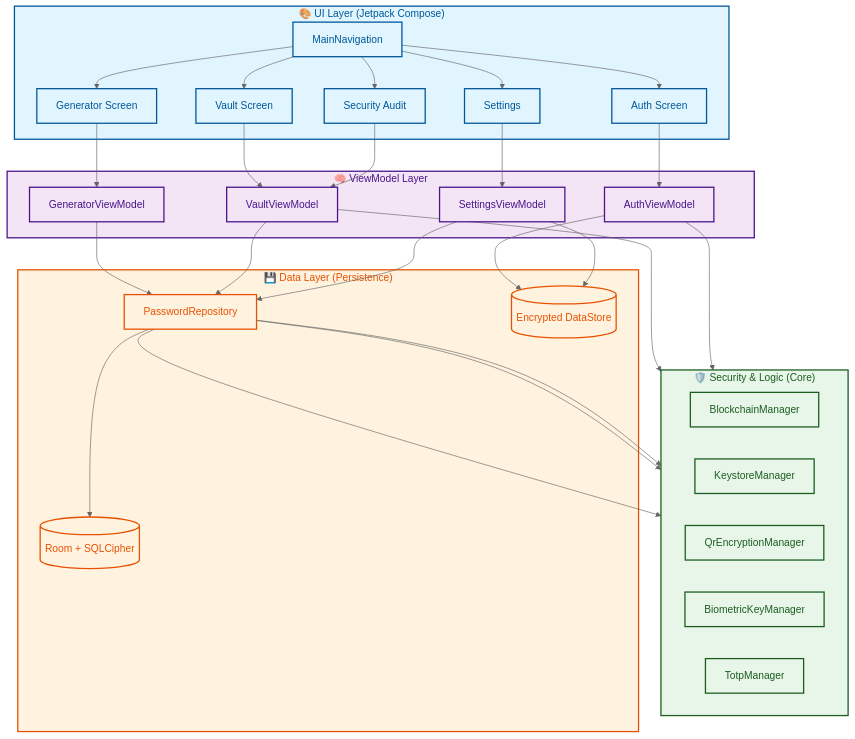
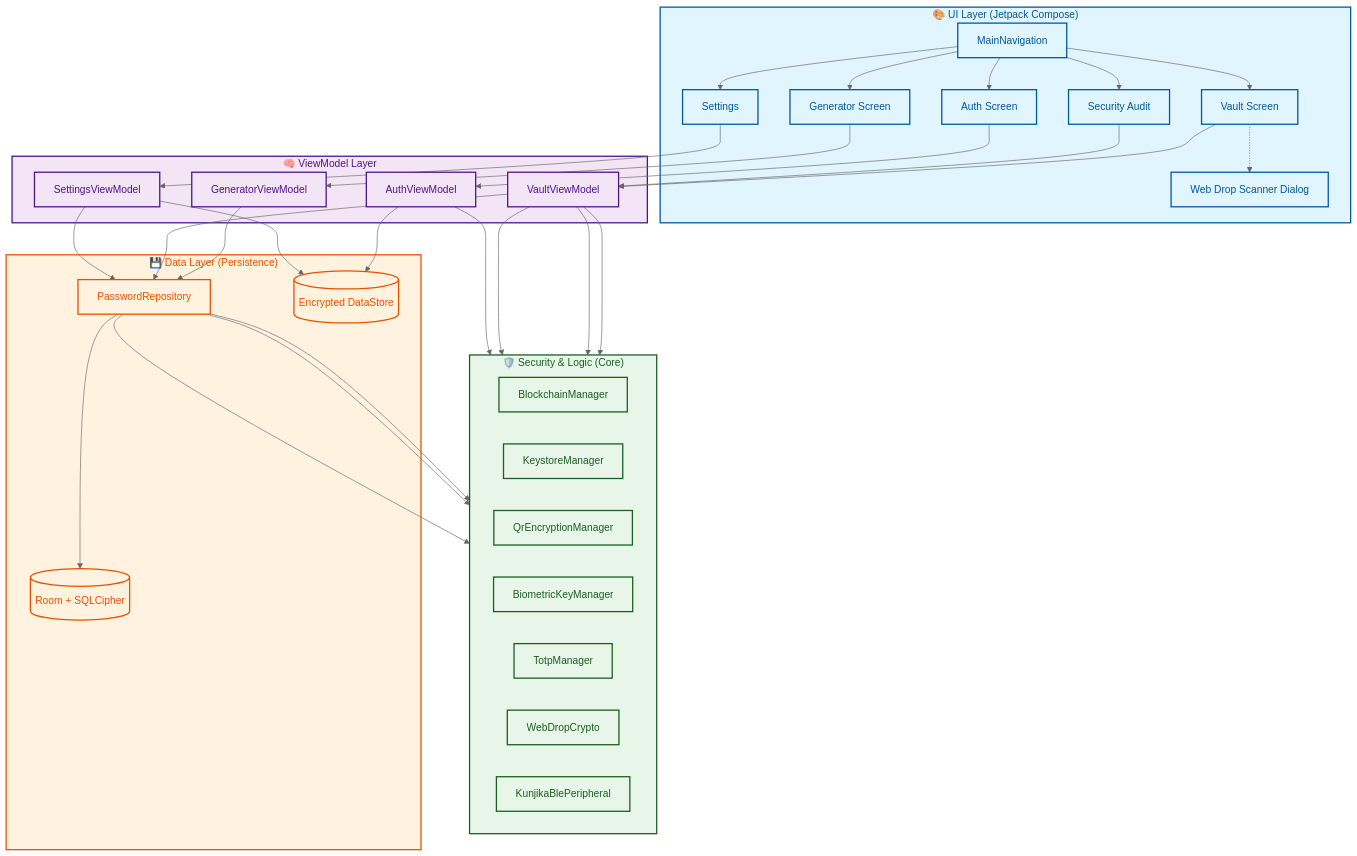
The diagram in docs/architecture.md (dwinsi/kunjika), drawn with Mermaid (neutral theme) before and after one commit. The commit also changed other lines of this file and 10 other files, not shown here.

Commit message:
feat: introduce air-gapped web drop protocol for secure phone-to-PC sync and remove CI/CD web companion deployment workflow

````diff
--- a/docs/architecture.md
+++ b/docs/architecture.md
@@ -9,62 +9,66 @@
 ```mermaid
 graph TB
     %% Definitions
     subgraph UI ["🎨 UI Layer (Jetpack Compose)"]
         Nav[MainNavigation]
         Auth[Auth Screen]
         Gen[Generator Screen]
         Vault[Vault Screen]
         Audit[Security Audit]
         Settings[Settings]
+        WebDrop[Web Drop Scanner Dialog]
     end
 
     subgraph VM ["🧠 ViewModel Layer"]
         AVM[AuthViewModel]
         GVM[GeneratorViewModel]
         VVM[VaultViewModel]
         SVM[SettingsViewModel]
     end
 
     subgraph Domain ["🛡️ Security & Logic (Core)"]
         direction LR
         BC[BlockchainManager]
         KE[KeystoreManager]
         QR[QrEncryptionManager]
         BK[BiometricKeyManager]
         TOTP[TotpManager]
+        WDC[WebDropCrypto]
+        BLE[KunjikaBlePeripheral]
     end
 
     subgraph Data ["💾 Data Layer (Persistence)"]
         Repo[PasswordRepository]
         Room[(Room + SQLCipher)]
         DS[(Encrypted DataStore)]
     end
 
     %% Connections
     Nav --> Auth & Gen & Vault & Audit & Settings
     Auth --> AVM
     Gen --> GVM
     Vault --> VVM
     Audit --> VVM
     Settings --> SVM
+    Vault -.-> WebDrop
 
     GVM & VVM & SVM --> Repo
     AVM & SVM --> DS
     
     Repo --> BC & KE & TOTP
     Repo --> Room
     
-    VVM --> QR
+    VVM --> QR & WDC & BLE
     AVM --> BK
 
     %% Styling
     classDef ui fill:#e1f5fe,stroke:#01579b,stroke-width:2px,color:#01579b;
     classDef vm fill:#f3e5f5,stroke:#4a148c,stroke-width:2px,color:#4a148c;
     classDef core fill:#e8f5e9,stroke:#1b5e20,stroke-width:2px,color:#1b5e20;
     classDef data fill:#fff3e0,stroke:#e65100,stroke-width:2px,color:#e65100;
 
-    class UI,Nav,Auth,Gen,Vault,Audit,Settings ui;
+    class UI,Nav,Auth,Gen,Vault,Audit,Settings,WebDrop ui;
     class VM,AVM,GVM,VVM,SVM vm;
-    class Domain,BC,KE,QR,BK,TOTP core;
+    class Domain,BC,KE,QR,BK,TOTP,WDC,BLE core;
     class Data,Repo,Room,DS data;
 ```
````
